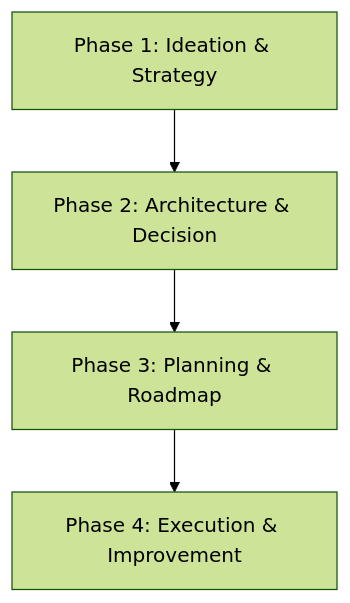
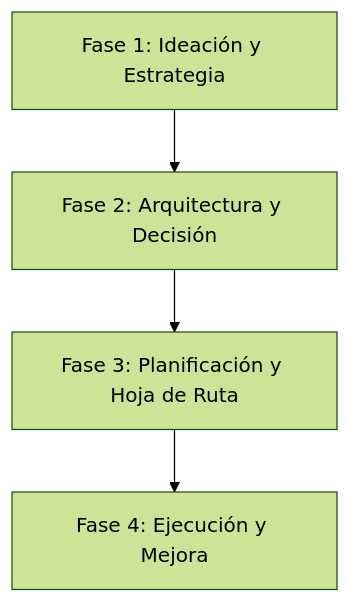
One commit to gonzoblasco/ai-developer-stack changed the diagram in strategy-architecture/README.md. Above: the diagram before and after it, drawn with Mermaid (forest theme). The commit also changed other lines of this file and 15 other files, not shown here.

````diff
--- a/strategy-architecture/README.md
+++ b/strategy-architecture/README.md
@@ -13,6 +13,6 @@
 ```mermaid
 graph TD
-    A[Phase 1: Ideation & Strategy] --> B[Phase 2: Architecture & Decision]
-    B --> C[Phase 3: Planning & Roadmap]
-    C --> D[Phase 4: Execution & Improvement]
+    A[Fase 1: Ideación y Estrategia] --> B[Fase 2: Arquitectura y Decisión]
+    B --> C[Fase 3: Planificación y Hoja de Ruta]
+    C --> D[Fase 4: Ejecución y Mejora]
 ```
````
